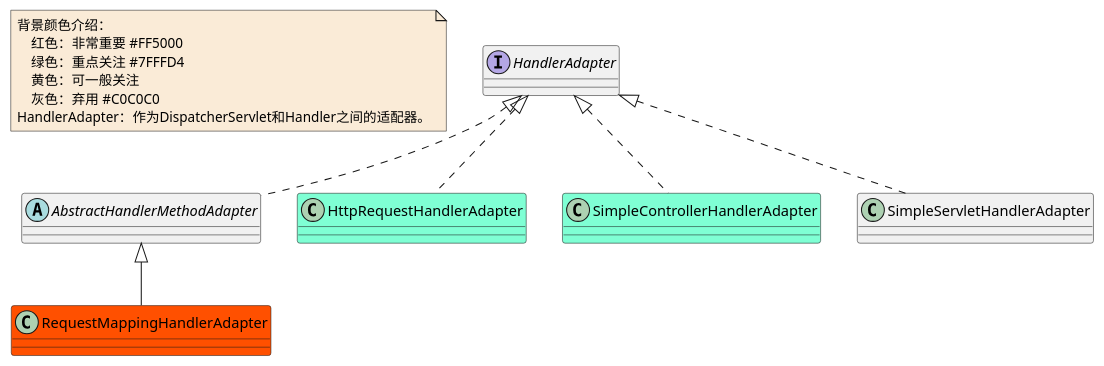
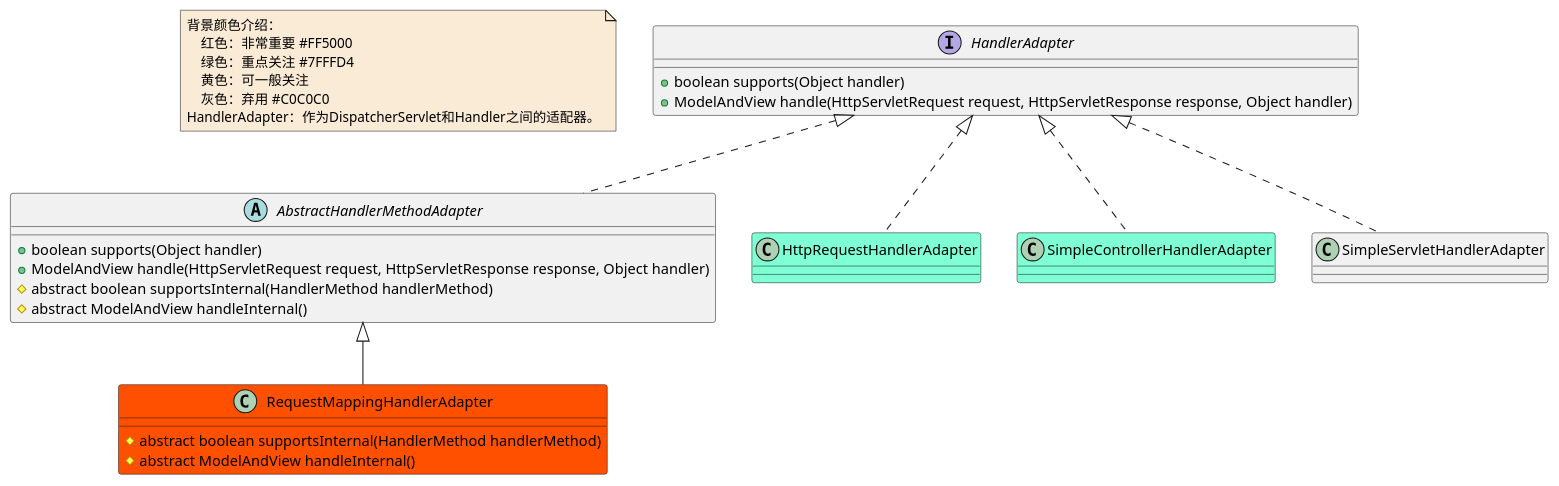
Before and after one commit to czwer/learn-spring-code: the diagram in document/spring/mvc/class/MVC-HandlerAdapter-class.puml, drawn with PlantUML. The commit also changed 33 other files, not shown here.

Commit message:
MVC相关时序图，类图修改

```diff
--- a/document/spring/mvc/class/MVC-HandlerAdapter-class.puml
+++ b/document/spring/mvc/class/MVC-HandlerAdapter-class.puml
@@ -1,29 +1,37 @@
 @startuml
 
 note  as N1 #FAEBD7
     背景颜色介绍：
         红色：非常重要 #FF5000
         绿色：重点关注 #7FFFD4
         黄色：可一般关注
         灰色：弃用 #C0C0C0
     HandlerAdapter：作为DispatcherServlet和Handler之间的适配器。
 end note
 
 interface HandlerAdapter
+HandlerAdapter : +boolean supports(Object handler)
+HandlerAdapter : +ModelAndView handle(HttpServletRequest request, HttpServletResponse response, Object handler)
 abstract class AbstractHandlerMethodAdapter
+AbstractHandlerMethodAdapter : +boolean supports(Object handler)
+AbstractHandlerMethodAdapter : +ModelAndView handle(HttpServletRequest request, HttpServletResponse response, Object handler)
+AbstractHandlerMethodAdapter : #abstract boolean supportsInternal(HandlerMethod handlerMethod)
+AbstractHandlerMethodAdapter : #abstract ModelAndView handleInternal()
 class HttpRequestHandlerAdapter #7FFFD4
 class RequestMappingHandlerAdapter #FF5000
+RequestMappingHandlerAdapter : #abstract boolean supportsInternal(HandlerMethod handlerMethod)
+RequestMappingHandlerAdapter : #abstract ModelAndView handleInternal()
 class SimpleControllerHandlerAdapter #7FFFD4
 class SimpleServletHandlerAdapter
 
 
 
 AbstractHandlerMethodAdapter <|-- RequestMappingHandlerAdapter
 
 HandlerAdapter <|.. AbstractHandlerMethodAdapter
 HandlerAdapter <|.. HttpRequestHandlerAdapter
 HandlerAdapter <|.. SimpleControllerHandlerAdapter
 HandlerAdapter <|.. SimpleServletHandlerAdapter
 
 
 @enduml
```
